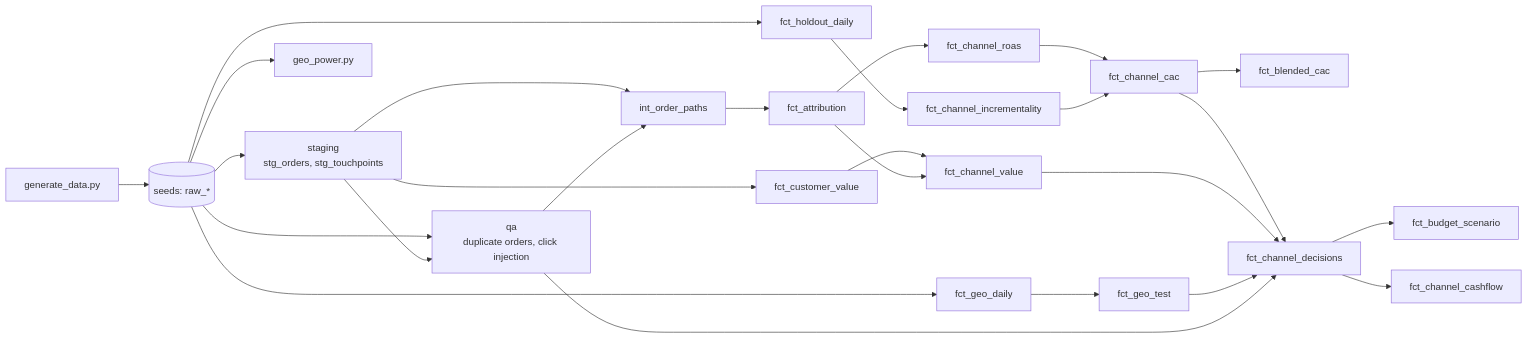
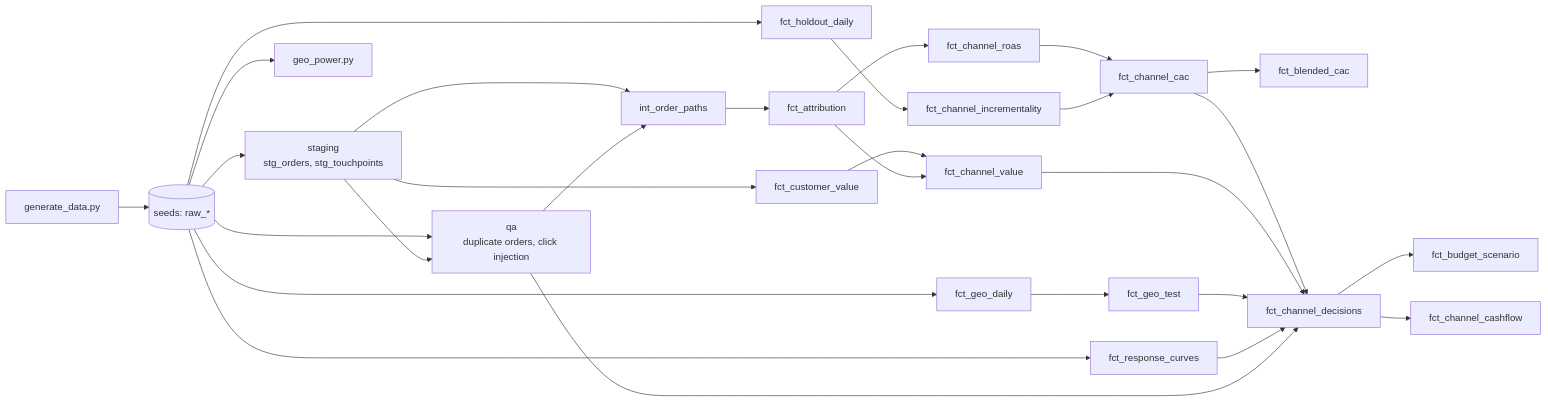
One commit to predkiewicz/marketing-measurement-lab changed the diagram in README.md. Above: the diagram before and after it, drawn with Mermaid. The commit also changed other lines of this file and 12 other files, not shown here.

First line of the commit message:
Response curves from budget-step tests replace the flat premium

````diff
--- a/README.md
+++ b/README.md
@@ -43,23 +43,25 @@
 ```mermaid
 flowchart LR
     gen[generate_data.py] --> raw[("seeds: raw_*")]
     raw --> stg[staging<br/>stg_orders, stg_touchpoints]
     raw --> qa[qa<br/>duplicate orders, click injection]
     stg --> qa
     stg --> paths[int_order_paths]
     qa --> paths
     paths --> attr[fct_attribution] --> roas[fct_channel_roas]
     raw --> hold[fct_holdout_daily] --> incr[fct_channel_incrementality]
+    raw --> curves[fct_response_curves]
     roas --> cac[fct_channel_cac]
     incr --> cac --> blended[fct_blended_cac]
     stg --> value[fct_customer_value] --> chval[fct_channel_value]
     attr --> chval
     raw --> geo[fct_geo_daily] --> geotest[fct_geo_test]
     cac --> dec[fct_channel_decisions]
     chval --> dec
     geotest --> dec
+    curves --> dec
     qa --> dec
     dec --> plan[fct_budget_scenario]
     dec --> cash[fct_channel_cashflow]
     raw --> power[geo_power.py]
 ```
````
